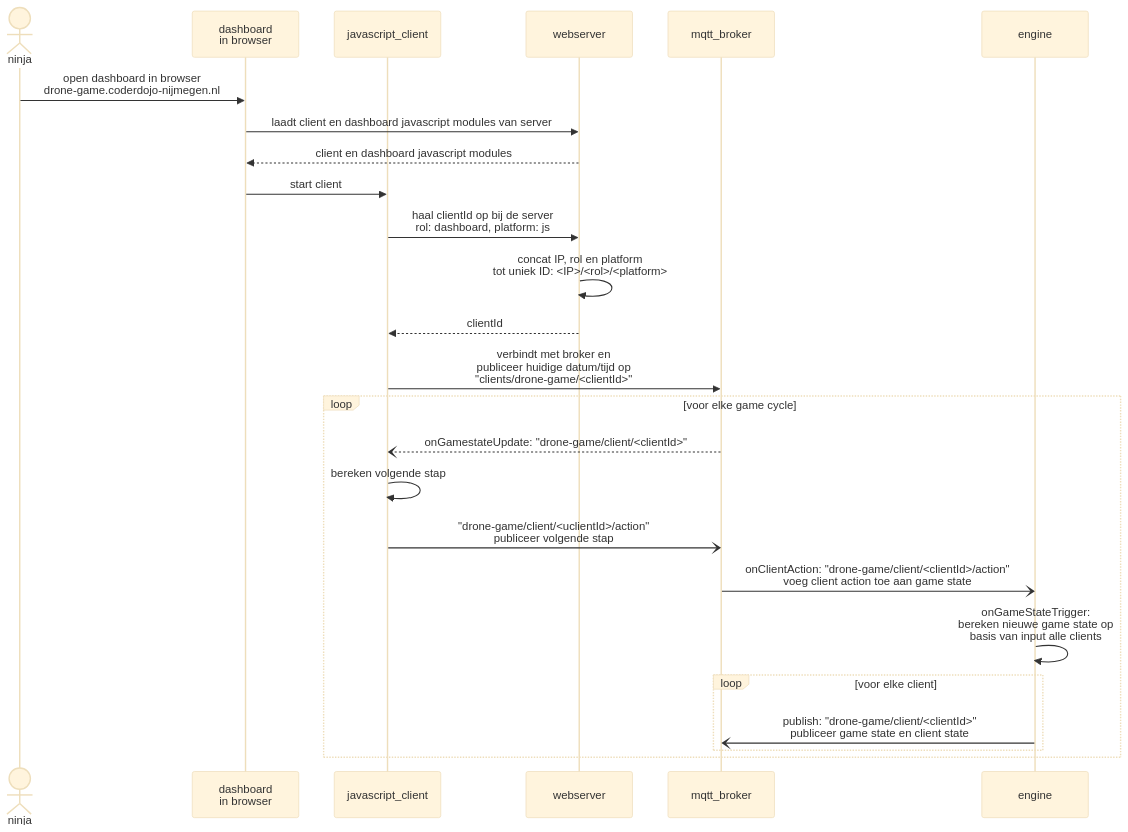
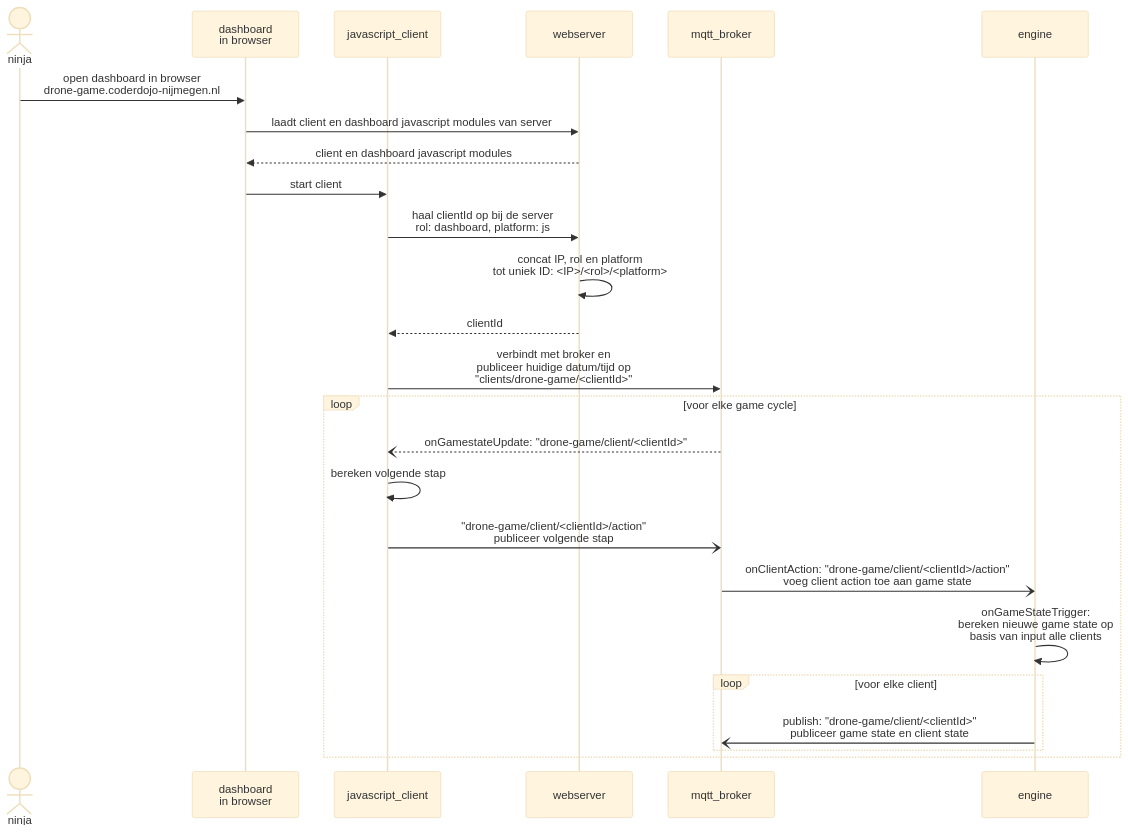
One commit to coderdojonijmegen/multiplayer_game changed the third of 3 diagrams in software design.md. Above: the diagram before and after it, drawn with Mermaid (base theme). The commit also changed other lines of this file and 5 other files, not shown here.

````diff
--- a/software design.md
+++ b/software design.md
@@ -95,30 +95,30 @@
 ```mermaid
 sequenceDiagram
     Actor ninja
     participant dashboard as dashboard<br>in browser
     participant javascript_client
     participant webserver
     participant mqtt_broker
     participant engine
 
     ninja ->> dashboard: open dashboard in browser<br/>drone-game.coderdojo-nijmegen.nl
     dashboard ->> webserver: laadt client en dashboard javascript modules van server
     webserver -->> dashboard: client en dashboard javascript modules
     dashboard ->> javascript_client: start client
     javascript_client ->> webserver: haal clientId op bij de server<br>rol: dashboard, platform: js
     webserver ->> webserver: concat IP, rol en platform<br>tot uniek ID: <IP>/<rol>/<platform>
     webserver -->> javascript_client: clientId
 
     javascript_client ->> mqtt_broker: verbindt met broker en <br>publiceer huidige datum/tijd op<br>"clients/drone-game/<clientId>"
 
     loop voor elke game cycle
         mqtt_broker --) javascript_client: onGamestateUpdate: "drone-game/client/<clientId>"
         javascript_client ->> javascript_client: bereken volgende stap
-        javascript_client -) mqtt_broker: "drone-game/client/<uclientId>/action"<br>publiceer volgende stap
+        javascript_client -) mqtt_broker: "drone-game/client/<clientId>/action"<br>publiceer volgende stap
         mqtt_broker -) engine: onClientAction: "drone-game/client/<clientId>/action"<br>voeg client action toe aan game state
         engine ->> engine: onGameStateTrigger:<br>bereken nieuwe game state op<br>basis van input alle clients
         loop voor elke client
             engine -) mqtt_broker: publish: "drone-game/client/<clientId>"<br>publiceer game state en client state
         end
     end
 ```
````
